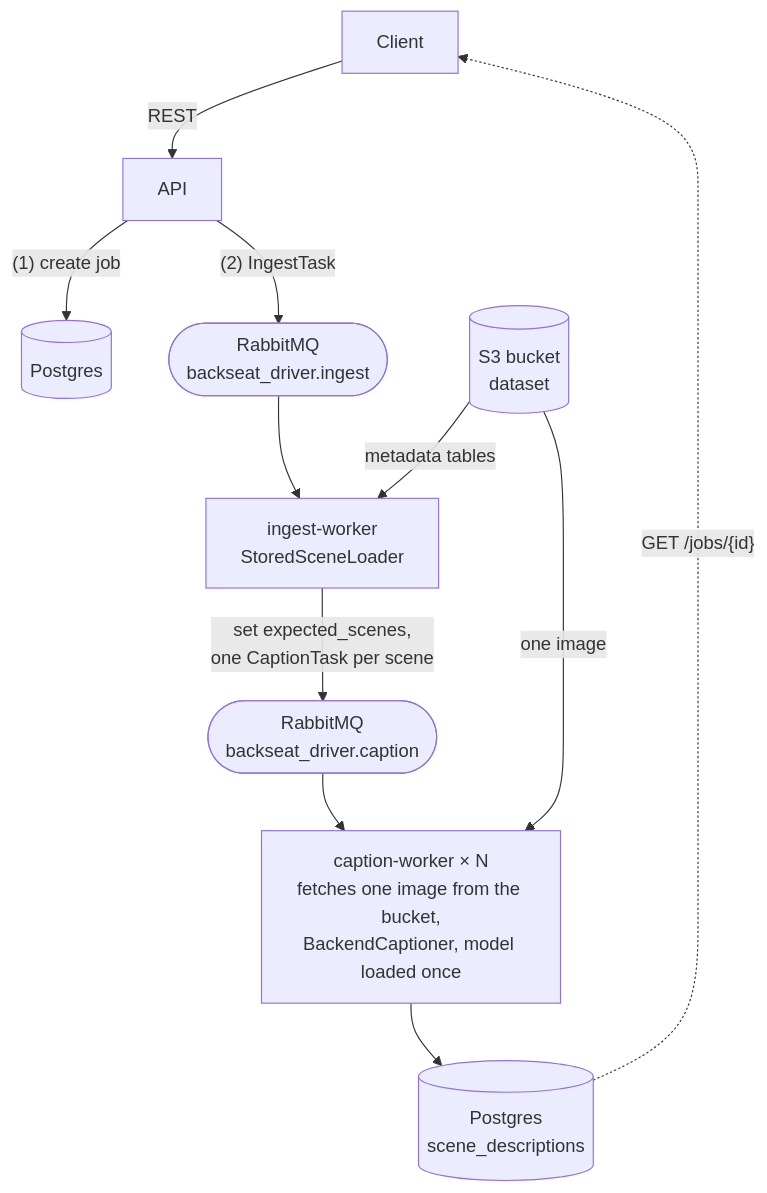
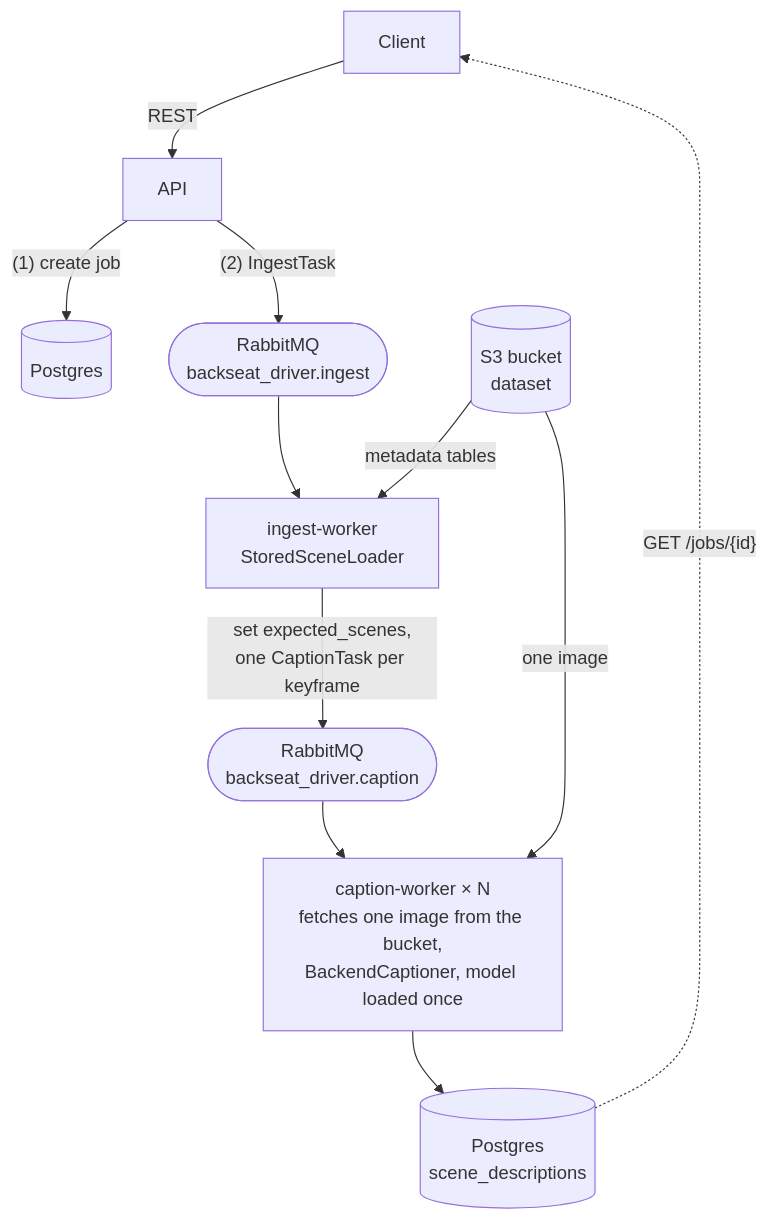
The diagram in docs/distributed.md (shoham-b/backseat-driver), drawn with Mermaid before and after one commit. The commit also changed other lines of this file and 13 other files, not shown here.

````diff
--- a/docs/distributed.md
+++ b/docs/distributed.md
@@ -5,13 +5,13 @@
 ```mermaid
 flowchart TD
     C[Client] -- REST --> API
     API -- "(1) create job" --> PG[("Postgres")]
     API -- "(2) IngestTask" --> QI(["RabbitMQ<br/>backseat_driver.ingest"])
     QI --> IW["ingest-worker<br/>StoredSceneLoader"]
     S3[("S3 bucket<br/>dataset")] -- "metadata tables" --> IW
-    IW -- "set expected_scenes,<br/>one CaptionTask per scene" --> QC(["RabbitMQ<br/>backseat_driver.caption"])
+    IW -- "set expected_scenes,<br/>one CaptionTask per keyframe" --> QC(["RabbitMQ<br/>backseat_driver.caption"])
     QC --> CW["caption-worker × N<br/>fetches one image from the bucket,<br/>BackendCaptioner, model loaded once"]
     S3 -- "one image" --> CW
     CW --> PGD[("Postgres<br/>scene_descriptions")]
     PGD -. "GET /jobs/{id}" .-> C
 ```
````
